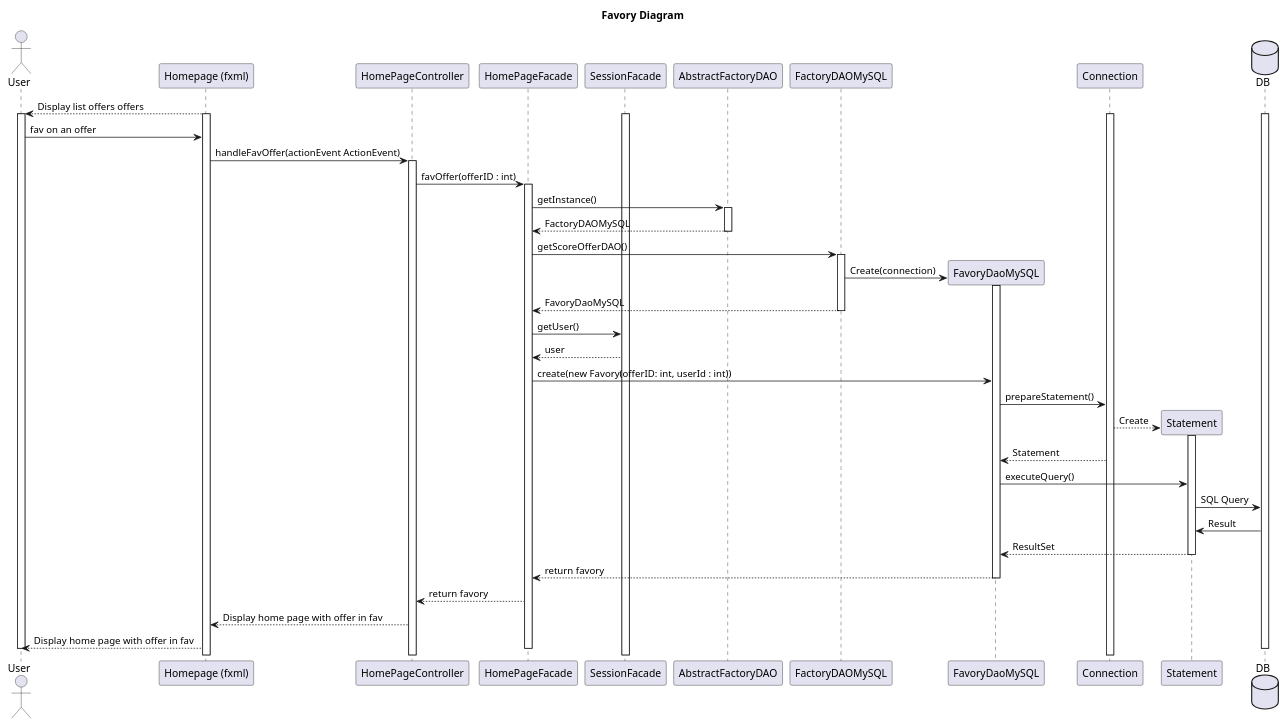
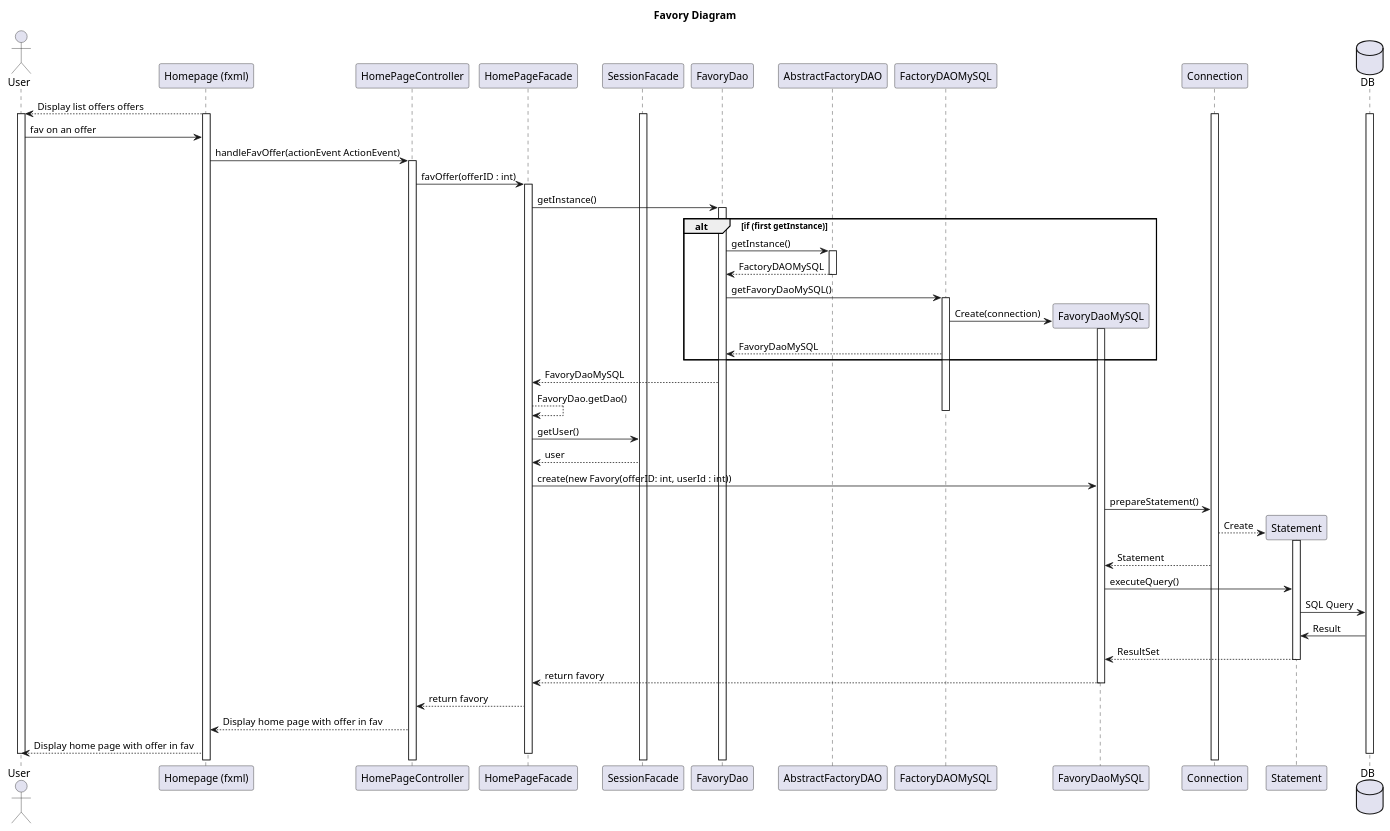
Before and after one commit to LaunoisRemy/ToolShare: the diagram in documents/diagram/homePage/favorySequence.puml, drawn with PlantUML. The commit also changed 2 other files, not shown here.

Commit message:
UML : reduce coupling facade

```diff
--- a/documents/diagram/homePage/favorySequence.puml
+++ b/documents/diagram/homePage/favorySequence.puml
@@ -1,94 +1,100 @@
 @startuml
 title Favory Diagram
 
 actor User
 participant "Homepage (fxml)"
 participant HomePageController
 participant HomePageFacade
 participant SessionFacade
+participant FavoryDao
 participant AbstractFactoryDAO
 participant FactoryDAOMySQL
 participant FavoryDaoMySQL
 participant Connection
 participant Statement
 database DB
 
 
 "Homepage (fxml)"-->User: Display list offers offers
 
 activate "Homepage (fxml)"
 activate User
 activate DB
 activate SessionFacade
 activate Connection
 
 User->"Homepage (fxml)": fav on an offer
 
 "Homepage (fxml)"-> HomePageController: handleFavOffer(actionEvent ActionEvent)
 
 activate HomePageController
 
 HomePageController->HomePageFacade: favOffer(offerID : int)
 
 
 
 activate HomePageFacade
 
-HomePageFacade->AbstractFactoryDAO:getInstance()
-activate AbstractFactoryDAO
+HomePageFacade->FavoryDao : getInstance()
+alt if (first getInstance)
+    activate FavoryDao
+    FavoryDao -> AbstractFactoryDAO : getInstance()
+    activate AbstractFactoryDAO
+    AbstractFactoryDAO --> FavoryDao : FactoryDAOMySQL
+    deactivate AbstractFactoryDAO
+
+    FavoryDao -> FactoryDAOMySQL : getFavoryDaoMySQL()
+    activate FactoryDAOMySQL
+    FactoryDAOMySQL -> FavoryDaoMySQL **:Create(connection)
+    activate FavoryDaoMySQL
+    FactoryDAOMySQL --> FavoryDao : FavoryDaoMySQL
+end
+FavoryDao --> HomePageFacade : FavoryDaoMySQL
+
+HomePageFacade --> HomePageFacade : FavoryDao.getDao()
 
 
-AbstractFactoryDAO--> HomePageFacade : FactoryDAOMySQL
-deactivate AbstractFactoryDAO
 
-HomePageFacade -> FactoryDAOMySQL:getScoreOfferDAO()
-
-activate FactoryDAOMySQL
-
-FactoryDAOMySQL->FavoryDaoMySQL **:Create(connection)
-
-activate FavoryDaoMySQL
-FactoryDAOMySQL-->HomePageFacade:FavoryDaoMySQL
 
 deactivate FactoryDAOMySQL
 HomePageFacade -> SessionFacade : getUser()
 SessionFacade --> HomePageFacade : user
 HomePageFacade->FavoryDaoMySQL: create(new Favory(offerID: int, userId : int))
 
 FavoryDaoMySQL->Connection: prepareStatement()
 
 
 Connection-->Statement **: Create
 
 activate Statement
 
 Connection-->FavoryDaoMySQL: Statement
 
 
 
 FavoryDaoMySQL->Statement:executeQuery()
 
 Statement->DB: SQL Query
 
 DB->Statement:Result
 
 Statement-->FavoryDaoMySQL: ResultSet
 
 deactivate Statement
 
 FavoryDaoMySQL-->HomePageFacade: return favory
 deactivate FavoryDaoMySQL
 
 
 HomePageFacade --> HomePageController : return favory
 
 
 
 
 HomePageController-->"Homepage (fxml)": Display home page with offer in fav
 "Homepage (fxml)" --> User : Display home page with offer in fav
 deactivate HomePageFacade
 deactivate DB
 deactivate User
 
 @enduml
```
